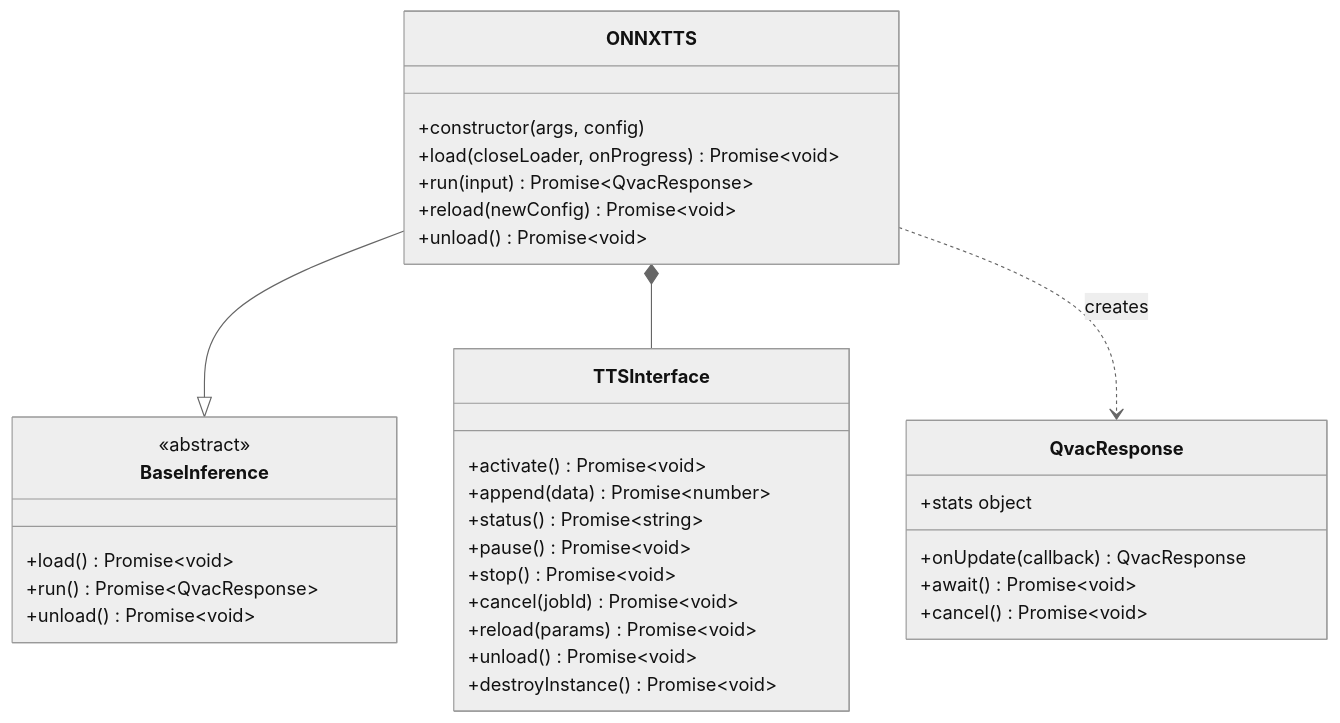
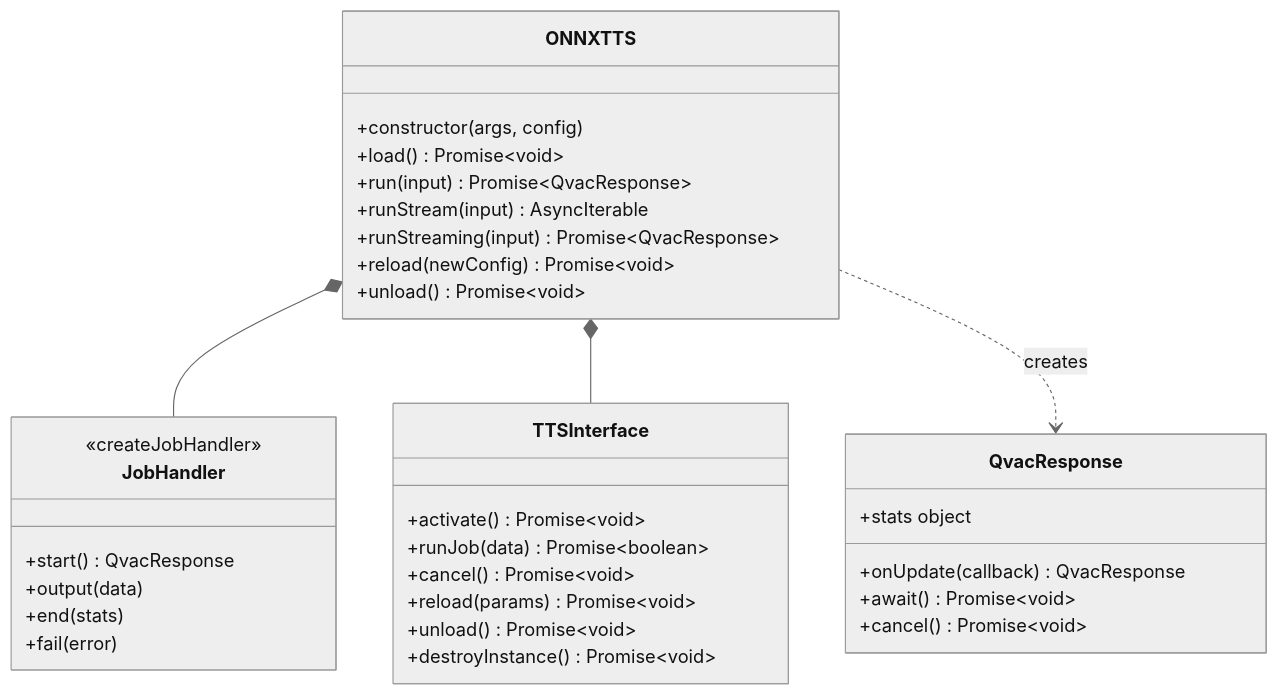
One commit to tetherto/qvac changed the second of 4 diagrams in packages/tts-onnx/docs/architecture.md. Above: the diagram before and after it, drawn with Mermaid (neutral theme). The commit also changed other lines of this file and 7 other files, not shown here.

First line of the commit message:
doc: refresh inference addon architecture docs

````diff
--- a/packages/tts-onnx/docs/architecture.md
+++ b/packages/tts-onnx/docs/architecture.md
@@ -155,40 +157,40 @@
 ```mermaid
 classDiagram
     class ONNXTTS {
         +constructor(args, config)
-        +load(closeLoader, onProgress) Promise~void~
+        +load() Promise~void~
         +run(input) Promise~QvacResponse~
+        +runStream(input) AsyncIterable
+        +runStreaming(input) Promise~QvacResponse~
         +reload(newConfig) Promise~void~
         +unload() Promise~void~
     }
 
-    class BaseInference {
-        <<abstract>>
-        +load() Promise~void~
-        +run() Promise~QvacResponse~
-        +unload() Promise~void~
+    class JobHandler {
+        <<createJobHandler>>
+        +start() QvacResponse
+        +output(data)
+        +end(stats)
+        +fail(error)
     }
 
     class QvacResponse {
         +onUpdate(callback) QvacResponse
         +await() Promise~void~
         +cancel() Promise~void~
         +stats object
     }
 
     class TTSInterface {
         +activate() Promise~void~
-        +append(data) Promise~number~
-        +status() Promise~string~
-        +pause() Promise~void~
-        +stop() Promise~void~
-        +cancel(jobId) Promise~void~
+        +runJob(data) Promise~boolean~
+        +cancel() Promise~void~
         +reload(params) Promise~void~
         +unload() Promise~void~
         +destroyInstance() Promise~void~
     }
 
-    ONNXTTS --|> BaseInference
+    ONNXTTS *-- JobHandler
     ONNXTTS *-- TTSInterface
     ONNXTTS ..> QvacResponse : creates
 ```
````
